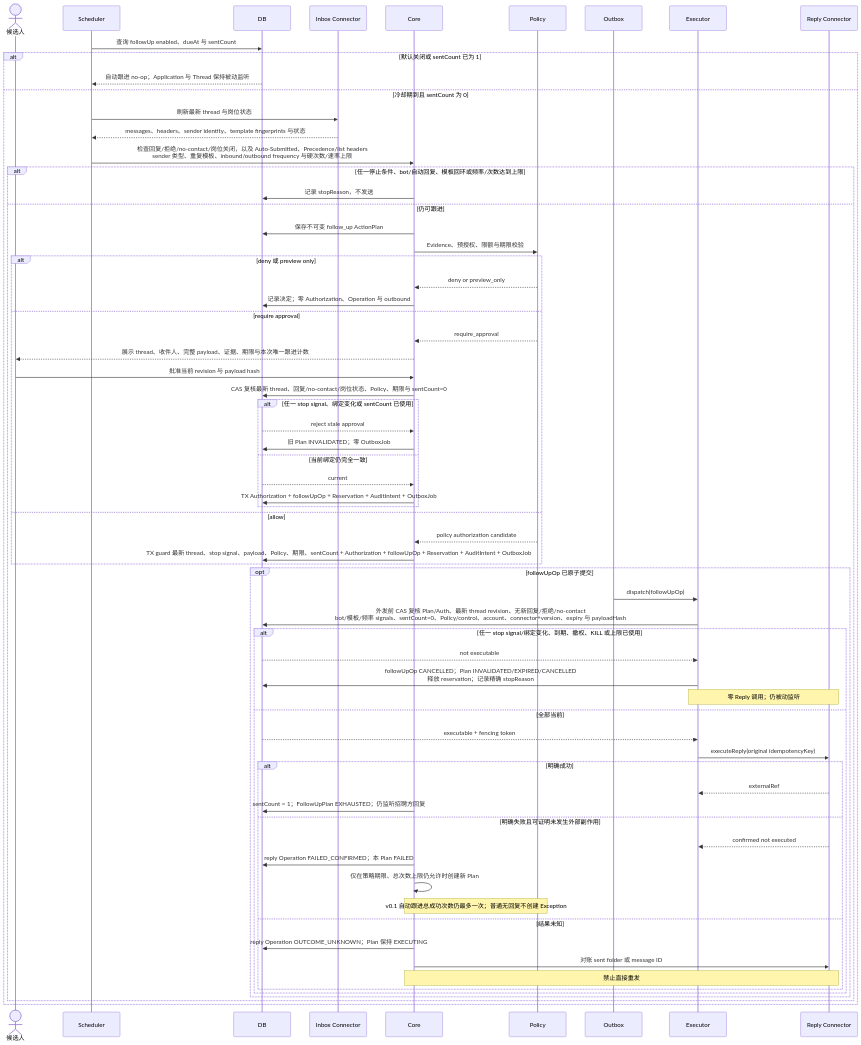
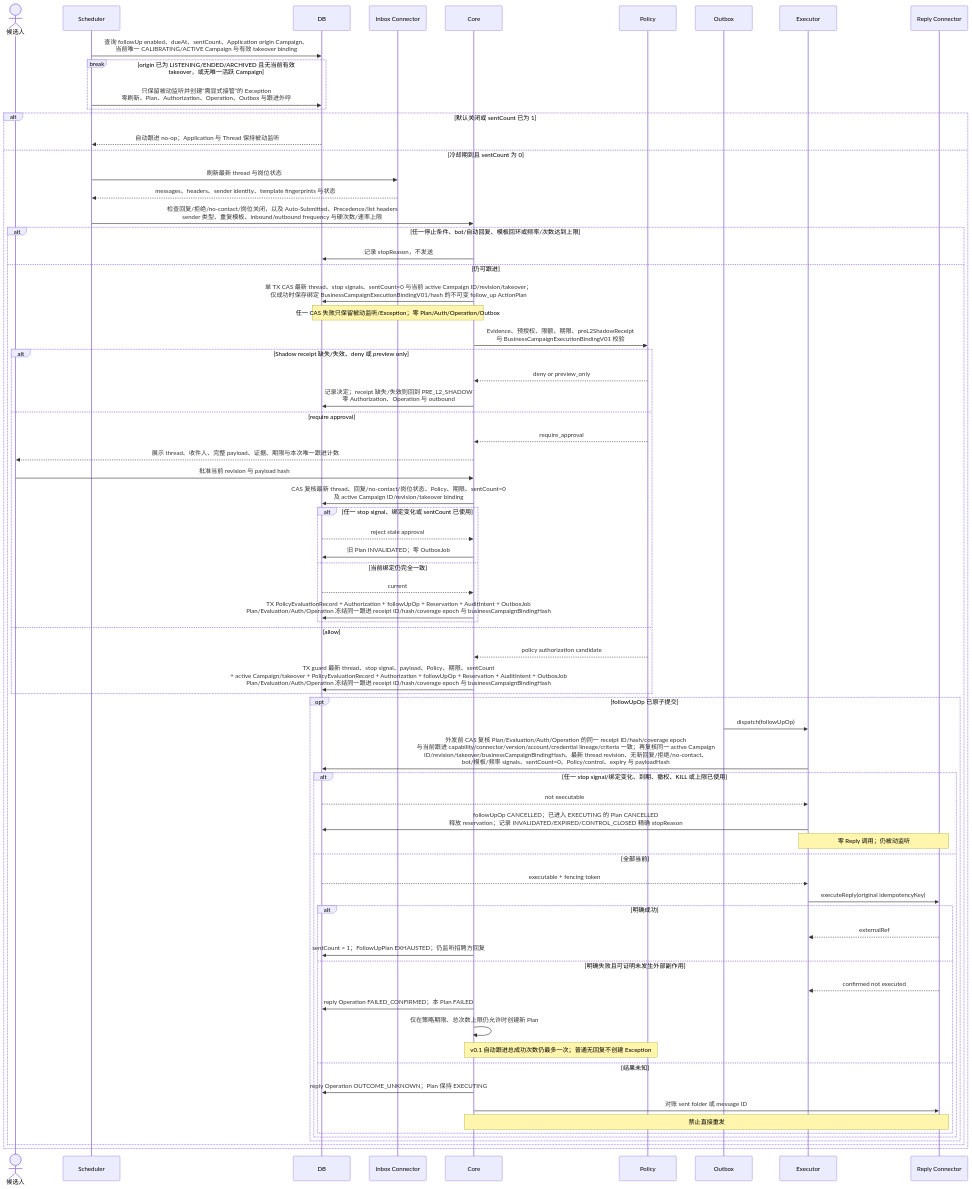
Before and after one commit to AnnCYW-cm/rolefox: diagram 11 of 24 in docs/product/uml/05-sequence-flows.md, drawn with Mermaid. The commit also changed other lines of this file and 103 other files, not shown here.

````diff
--- a/docs/product/uml/05-sequence-flows.md
+++ b/docs/product/uml/05-sequence-flows.md
@@ -773,74 +951,78 @@
 ```mermaid
 sequenceDiagram
     actor User as 候选人
     participant Scheduler
     participant DB
     participant Inbox as Inbox Connector
     participant Core
     participant Policy
     participant Outbox
     participant Executor
     participant Reply as Reply Connector
 
-    Scheduler->>DB: 查询 followUp enabled、dueAt 与 sentCount
+    Scheduler->>DB: 查询 followUp enabled、dueAt、sentCount、Application origin Campaign、<br/>当前唯一 CALIBRATING/ACTIVE Campaign 与有效 takeover binding
+    break origin 已为 LISTENING/ENDED/ARCHIVED 且无当前有效 takeover，或无唯一活跃 Campaign
+        Scheduler->>DB: 只保留被动监听并创建“需显式接管”的 Exception<br/>零刷新、Plan、Authorization、Operation、Outbox 与跟进外呼
+    end
     alt 默认关闭或 sentCount 已为 1
         %% @anchor FOLLOWUP_ONCE
         DB-->>Scheduler: 自动跟进 no-op；Application 与 Thread 保持被动监听
     else 冷却期到且 sentCount 为 0
         Scheduler->>Inbox: 刷新最新 thread 与岗位状态
         Inbox-->>Scheduler: messages、headers、sender identity、template fingerprints 与状态
         %% @anchor FOLLOWUP_BOT_LOOP_GUARD
         Scheduler->>Core: 检查回复/拒绝/no-contact/岗位关闭，以及 Auto-Submitted、Precedence/list headers<br/>sender 类型、重复模板、inbound/outbound frequency 与硬次数/速率上限
         alt 任一停止条件、bot/自动回复、模板回环或频率/次数达到上限
             Core->>DB: 记录 stopReason，不发送
         else 仍可跟进
-            Core->>DB: 保存不可变 follow_up ActionPlan
-            Core->>Policy: Evidence、预授权、限额与期限校验
-            alt deny 或 preview only
+            Core->>DB: 单 TX CAS 最新 thread、stop signals、sentCount=0 与当前 active Campaign ID/revision/takeover；<br/>仅成功时保存绑定 BusinessCampaignExecutionBindingV01/hash 的不可变 follow_up ActionPlan
+            Note over Core,DB: 任一 CAS 失败只保留被动监听/Exception；零 Plan/Auth/Operation/Outbox
+            Core->>Policy: Evidence、预授权、限额、期限、preL2ShadowReceipt<br/>与 BusinessCampaignExecutionBindingV01 校验
+            alt Shadow receipt 缺失/失效、deny 或 preview only
                 Policy-->>Core: deny or preview_only
-                Core->>DB: 记录决定；零 Authorization、Operation 与 outbound
+                Core->>DB: 记录决定；receipt 缺失/失效则回到 PRE_L2_SHADOW<br/>零 Authorization、Operation 与 outbound
             else require approval
                 Policy-->>Core: require_approval
                 Core-->>User: 展示 thread、收件人、完整 payload、证据、期限与本次唯一跟进计数
                 User->>Core: 批准当前 revision 与 payload hash
-                Core->>DB: CAS 复核最新 thread、回复/no-contact/岗位状态、Policy、期限与 sentCount=0
+                Core->>DB: CAS 复核最新 thread、回复/no-contact/岗位状态、Policy、期限、sentCount=0<br/>及 active Campaign ID/revision/takeover binding
                 alt 任一 stop signal、绑定变化或 sentCount 已使用
                     DB-->>Core: reject stale approval
                     Core->>DB: 旧 Plan INVALIDATED；零 OutboxJob
                 else 当前绑定仍完全一致
                     DB-->>Core: current
-                    Core->>DB: TX Authorization + followUpOp + Reservation + AuditIntent + OutboxJob
+                    Core->>DB: TX PolicyEvaluationRecord + Authorization + followUpOp + Reservation + AuditIntent + OutboxJob<br/>Plan/Evaluation/Auth/Operation 冻结同一跟进 receipt ID/hash/coverage epoch 与 businessCampaignBindingHash
                 end
             else allow
                 Policy-->>Core: policy authorization candidate
-                Core->>DB: TX guard 最新 thread、stop signal、payload、Policy、期限、sentCount + Authorization + followUpOp + Reservation + AuditIntent + OutboxJob
+                Core->>DB: TX guard 最新 thread、stop signal、payload、Policy、期限、sentCount<br/>+ active Campaign/takeover + PolicyEvaluationRecord + Authorization + followUpOp + Reservation + AuditIntent + OutboxJob<br/>Plan/Evaluation/Auth/Operation 冻结同一跟进 receipt ID/hash/coverage epoch 与 businessCampaignBindingHash
             end
             opt followUpOp 已原子提交
                 Outbox->>Executor: dispatch(followUpOp)
                 %% @anchor FOLLOWUP_EXECUTION_RECHECK
-                Executor->>DB: 外发前 CAS 复核 Plan/Auth、最新 thread revision、无新回复/拒绝/no-contact<br/>bot/模板/频率 signals、sentCount=0、Policy/control、account、connector+version、expiry 与 payloadHash
+                Executor->>DB: 外发前 CAS 复核 Plan/Evaluation/Auth/Operation 的同一 receipt ID/hash/coverage epoch<br/>与当前跟进 capability/connector/version/account/credential lineage/criteria 一致；再复核同一 active Campaign<br/>ID/revision/takeover/businessCampaignBindingHash、最新 thread revision、无新回复/拒绝/no-contact、<br/>bot/模板/频率 signals、sentCount=0、Policy/control、expiry 与 payloadHash
                 alt 任一 stop signal/绑定变化、到期、撤权、KILL 或上限已使用
                     DB-->>Executor: not executable
-                    Executor->>DB: followUpOp CANCELLED；Plan INVALIDATED/EXPIRED/CANCELLED<br/>释放 reservation；记录精确 stopReason
+                    Executor->>DB: followUpOp CANCELLED；已进入 EXECUTING 的 Plan CANCELLED<br/>释放 reservation；记录 INVALIDATED/EXPIRED/CONTROL_CLOSED 精确 stopReason
                     Note over Executor,Reply: 零 Reply 调用；仍被动监听
                 else 全部当前
                     DB-->>Executor: executable + fencing token
                     Executor->>Reply: executeReply(original idempotencyKey)
                     alt 明确成功
                         Reply-->>Executor: externalRef
                         Core->>DB: sentCount = 1；FollowUpPlan EXHAUSTED；仍监听招聘方回复
                     else 明确失败且可证明未发生外部副作用
                         Reply-->>Executor: confirmed not executed
                         Core->>DB: reply Operation FAILED_CONFIRMED；本 Plan FAILED
                         Core->>Core: 仅在策略期限、总次数上限仍允许时创建新 Plan
                         Note over Core,Policy: v0.1 自动跟进总成功次数仍最多一次；普通无回复不创建 Exception
                     else 结果未知
                         Core->>DB: reply Operation OUTCOME_UNKNOWN；Plan 保持 EXECUTING
                         Core->>Reply: 对账 sent folder 或 message ID
                         Note over Core,Reply: 禁止直接重发
                     end
                 end
             end
         end
     end
 ```
````
